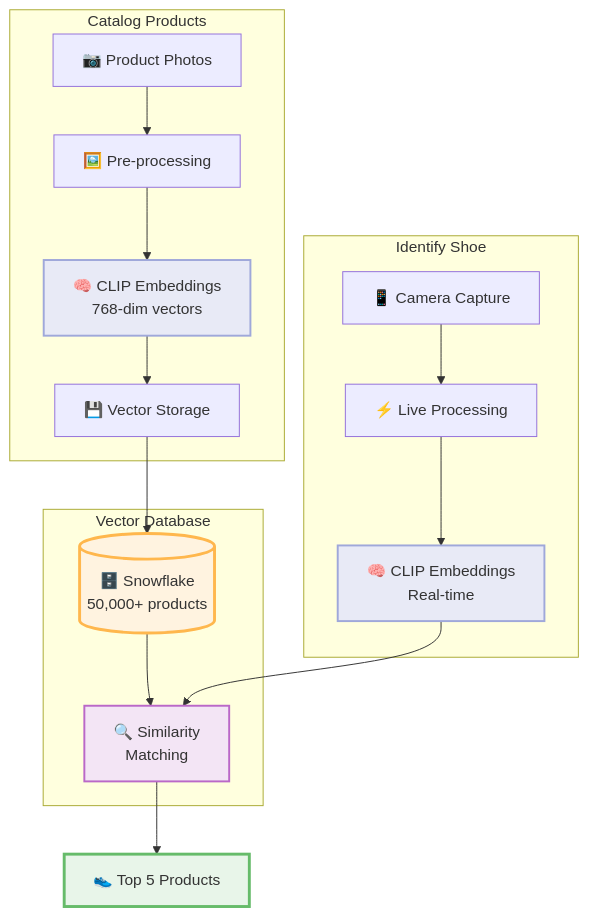
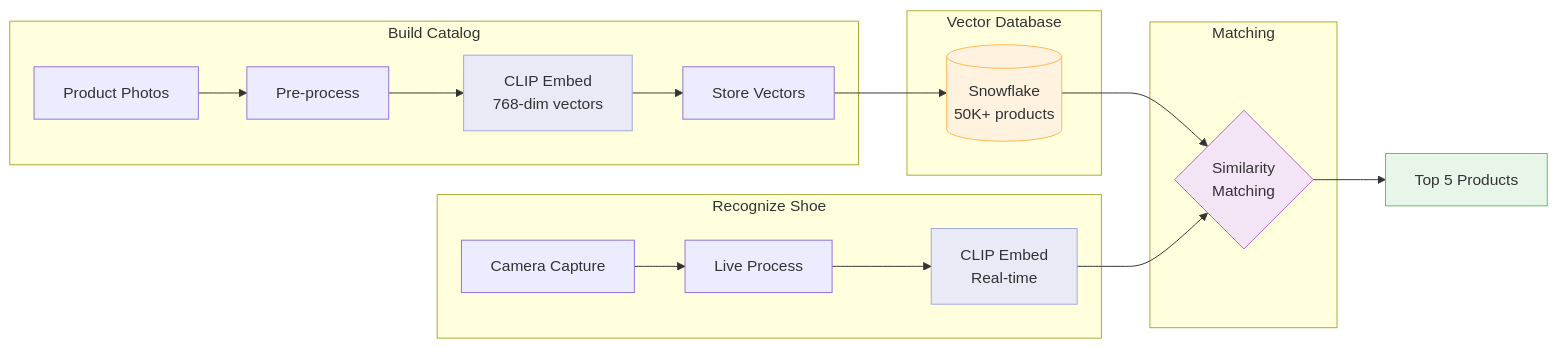
One commit to AlassaneDialDiop/browns_data_science changed the diagram in docs/browns-lens/index.md. Above: the diagram before and after it, drawn with Mermaid. The commit also changed other lines of this file, not shown here.

Commit message:
Fix architecture diagram - captured embeddings go to matching, not DB
- Corrected data flow: captured image embeddings go directly to Similarity Matching
- Catalog embeddings are stored in Vector Database
- Vector Database connects to Similarity Matching for comparison
- Removed incorrect ASCII diagram showing wrong flow
- Added proper Mermaid styling for visual clarity
- Maintains accurate architecture: no customer captures stored in DB

This correctly represents the Browns Lens architecture where real-time
captures are matched against pre-stored catalog embeddings.

````diff
--- a/docs/browns-lens/index.md
+++ b/docs/browns-lens/index.md
@@ -36,39 +37,32 @@
-<div class="mermaid">
-graph TD
-    subgraph "Catalog Products"
-        A1[📷 Product Photos]
-        A2[🖼️ Pre-processing]
-        A3[🧠 CLIP Embeddings<br/>768-dim vectors]
-        A4[💾 Vector Storage]
-        
-        A1 --> A2
-        A2 --> A3
-        A3 --> A4
+```mermaid
+graph LR
+    subgraph "Build Catalog"
+        A1[Product Photos] --> A2[Pre-process]
+        A2 --> A3[CLIP Embed<br/>768-dim vectors]
+        A3 --> A4[Store Vectors]
     end
     
     subgraph "Vector Database"
-        DB[(🗄️ Snowflake<br/>50,000+ products)]
-        M[🔍 Similarity<br/>Matching]
-        
-        DB --> M
+        DB[(Snowflake<br/>50K+ products)]
     end
     
-    subgraph "Identify Shoe"
-        B1[📱 Camera Capture]
-        B2[⚡ Live Processing]
-        B3[🧠 CLIP Embeddings<br/>Real-time]
-        
-        B1 --> B2
-        B2 --> B3
+    subgraph "Recognize Shoe"
+        B1[Camera Capture] --> B2[Live Process]
+        B2 --> B3[CLIP Embed<br/>Real-time]
+    end
+    
+    subgraph "Matching"
+        M{Similarity<br/>Matching}
     end
     
     A4 --> DB
+    DB --> M
     B3 --> M
-    M --> R[👟 Top 5 Products]
+    M --> R[Top 5 Products]
     
-    style A3 fill:#e8eaf6,stroke:#9fa8da,stroke-width:2px
-    style B3 fill:#e8eaf6,stroke:#9fa8da,stroke-width:2px
-    style DB fill:#fff3e0,stroke:#ffb74d,stroke-width:3px
-    style M fill:#f3e5f5,stroke:#ba68c8,stroke-width:2px
-    style R fill:#e8f5e9,stroke:#66bb6a,stroke-width:3px
-</div>
+    style A3 fill:#e8eaf6,stroke:#9fa8da
+    style B3 fill:#e8eaf6,stroke:#9fa8da
+    style DB fill:#fff3e0,stroke:#ffb74d
+    style M fill:#f3e5f5,stroke:#ba68c8
+    style R fill:#e8f5e9,stroke:#66bb6a
+```
````
